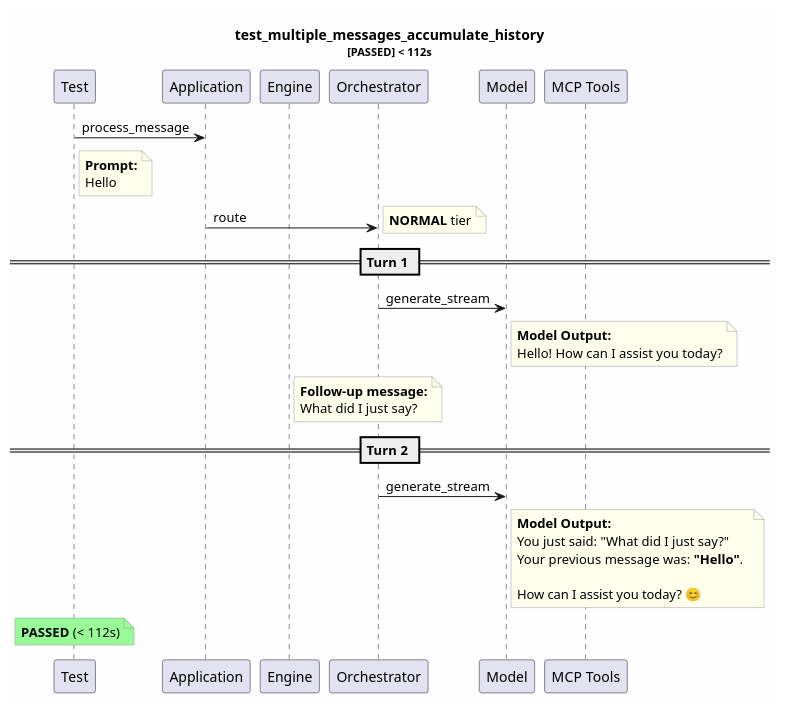
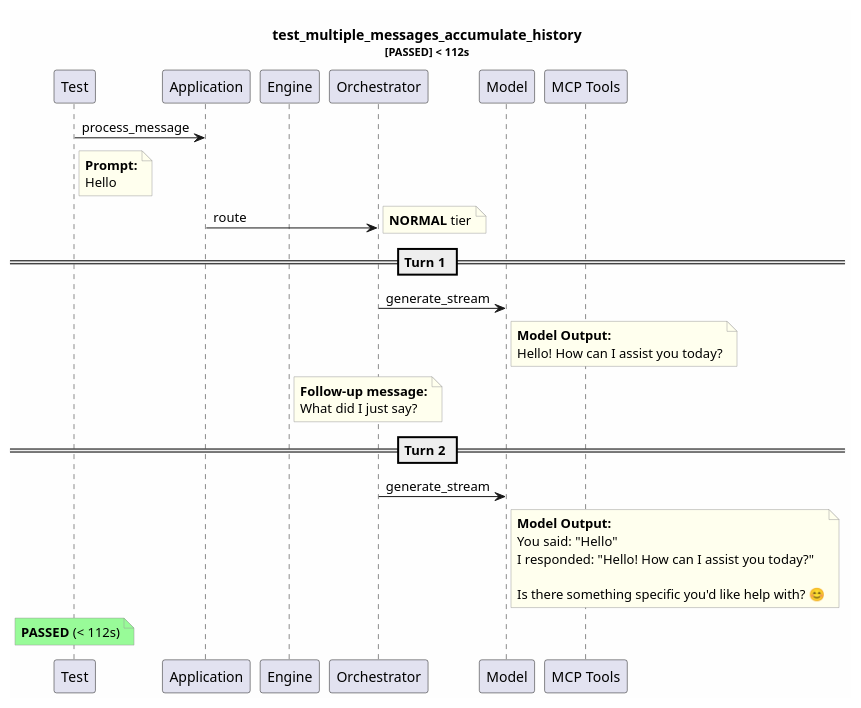
Before and after one commit to tvanfossen/entropic: the diagram in test-reports/logs/test_multiple_messages_accumulate_history/test_multiple_messages_accumulate_history.puml, drawn with PlantUML. The commit also changed 32 other files, not shown here.

```diff
--- a/test-reports/logs/test_multiple_messages_accumulate_history/test_multiple_messages_accumulate_history.puml
+++ b/test-reports/logs/test_multiple_messages_accumulate_history/test_multiple_messages_accumulate_history.puml
@@ -1,44 +1,44 @@
 @startuml
 skinparam backgroundColor #FEFEFE
 skinparam noteBorderColor #999999
 skinparam noteBackgroundColor #FFFFEE
 title test_multiple_messages_accumulate_history\n<size:11>[PASSED] < 112s</size>
 
 participant "Test" as T
 participant "Application" as App
 participant "Engine" as Eng
 participant "Orchestrator" as Orch
 participant "Model" as Mdl
 participant "MCP Tools" as MCP
 
 T -> App: process_message
 note right of T
   **Prompt:**
   Hello
 end note
 App -> Orch: route
 note right: **NORMAL** tier
 == Turn 1 ==
 Orch -> Mdl: generate_stream
 note right of Mdl
   **Model Output:**
   Hello! How can I assist you today?
 end note
 note right of Eng
   **Follow-up message:**
   What did I just say?
 end note
 == Turn 2 ==
 Orch -> Mdl: generate_stream
 note right of Mdl
   **Model Output:**
-  You just said: "What did I just say?"  
-  Your previous message was: **"Hello"**.  
+  You said: "Hello"  
+  I responded: "Hello! How can I assist you today?"  
   
-  How can I assist you today? 😊
+  Is there something specific you'd like help with? 😊
 end note
 note over T #palegreen
   **PASSED** (< 112s)
 end note
 
 @enduml
```
